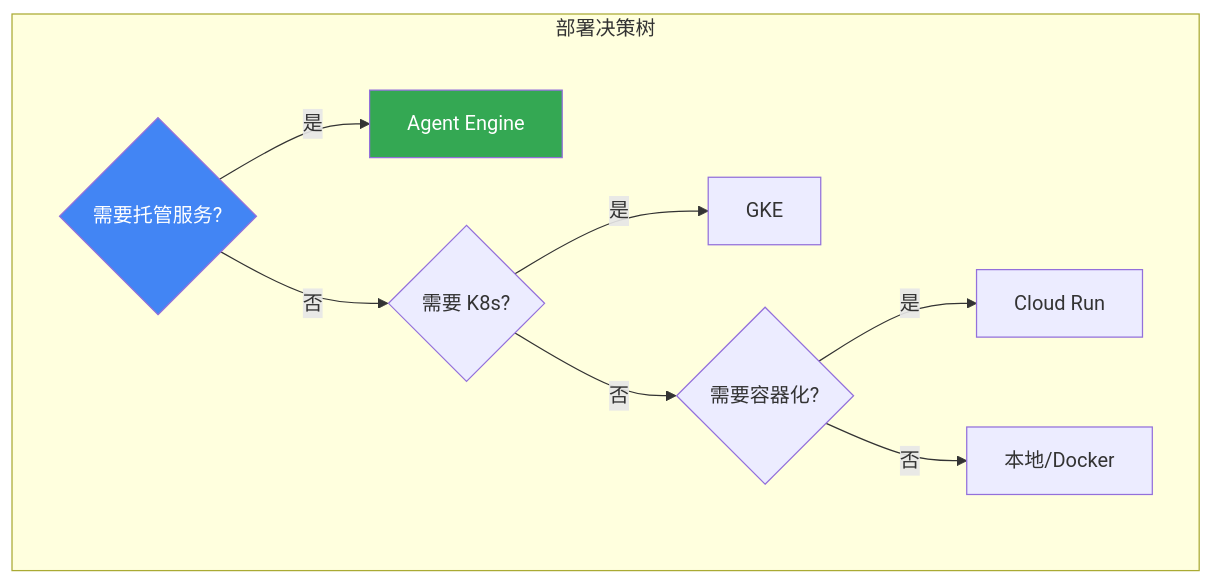
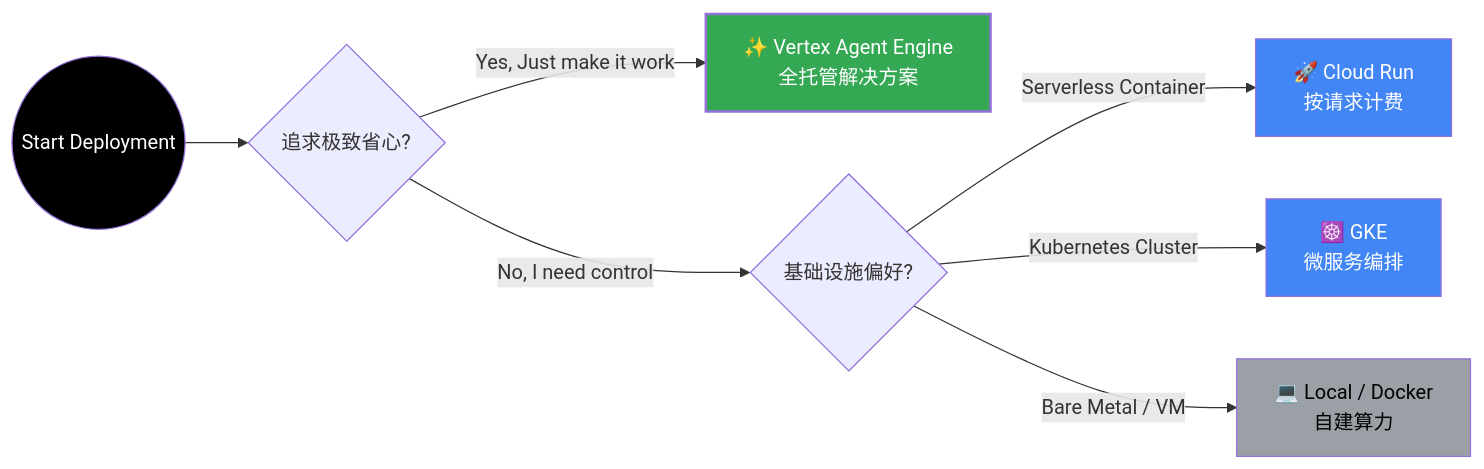
The ninth of 14 diagrams in docs/research/020-agent-frameworks.md (ThreeFish-AI/agentic-ai-cognizes), drawn with Mermaid before and after one commit. The commit also changed other lines of this file, not shown here.

First line of the commit message:
docs(Agent Frameworks): 优化章节编号并增强多智能体协作表达

````diff
--- a/docs/research/020-agent-frameworks.md
+++ b/docs/research/020-agent-frameworks.md
@@ -638,15 +681,17 @@
 ```mermaid
-graph TB
-    subgraph "部署决策树"
-        Q1{需要托管服务?}
-        Q1 -->|是| A1[Agent Engine]
-        Q1 -->|否| Q2{需要 K8s?}
-        Q2 -->|是| A2[GKE]
-        Q2 -->|否| Q3{需要容器化?}
-        Q3 -->|是| A3[Cloud Run]
-        Q3 -->|否| A4[本地/Docker]
-    end
+graph LR
+    Start((Start Deployment)) --> Q1{追求极致省心?}
 
-    style Q1 fill:#4285f4,color:white
-    style A1 fill:#34a853,color:white
+    Q1 -->|Yes, Just make it work| A1[✨ Vertex Agent Engine<br/>全托管解决方案]
+    Q1 -->|No, I need control| Q2{基础设施偏好?}
+
+    Q2 -->|Serverless Container| A2[🚀 Cloud Run<br/>按请求计费]
+    Q2 -->|Kubernetes Cluster| A3[☸️ GKE<br/>微服务编排]
+    Q2 -->|Bare Metal / VM| A4[💻 Local / Docker<br/>自建算力]
+
+    style Start fill:#000,color:#fff
+    style A1 fill:#34a853,color:#fff,stroke-width:2px
+    style A2 fill:#4285f4,color:#fff
+    style A3 fill:#4285f4,color:#fff
+    style A4 fill:#9aa0a6,color:#fff,color:#000
 ```
````
